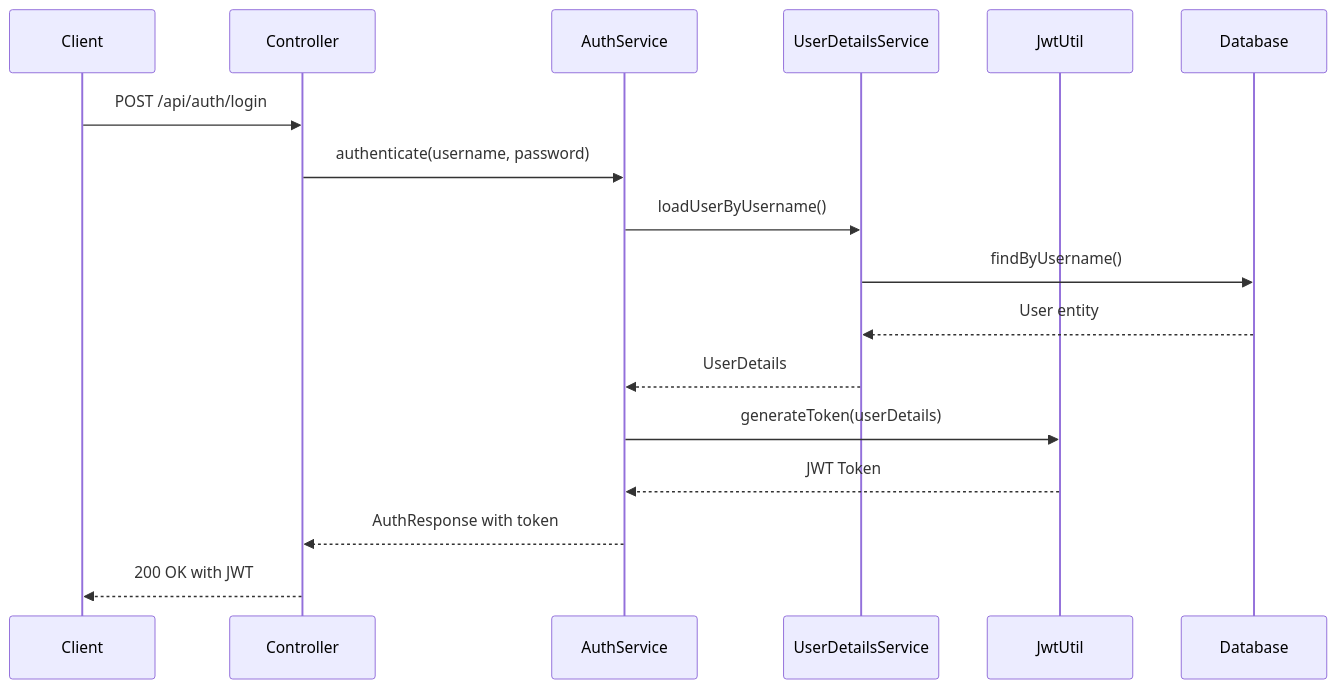
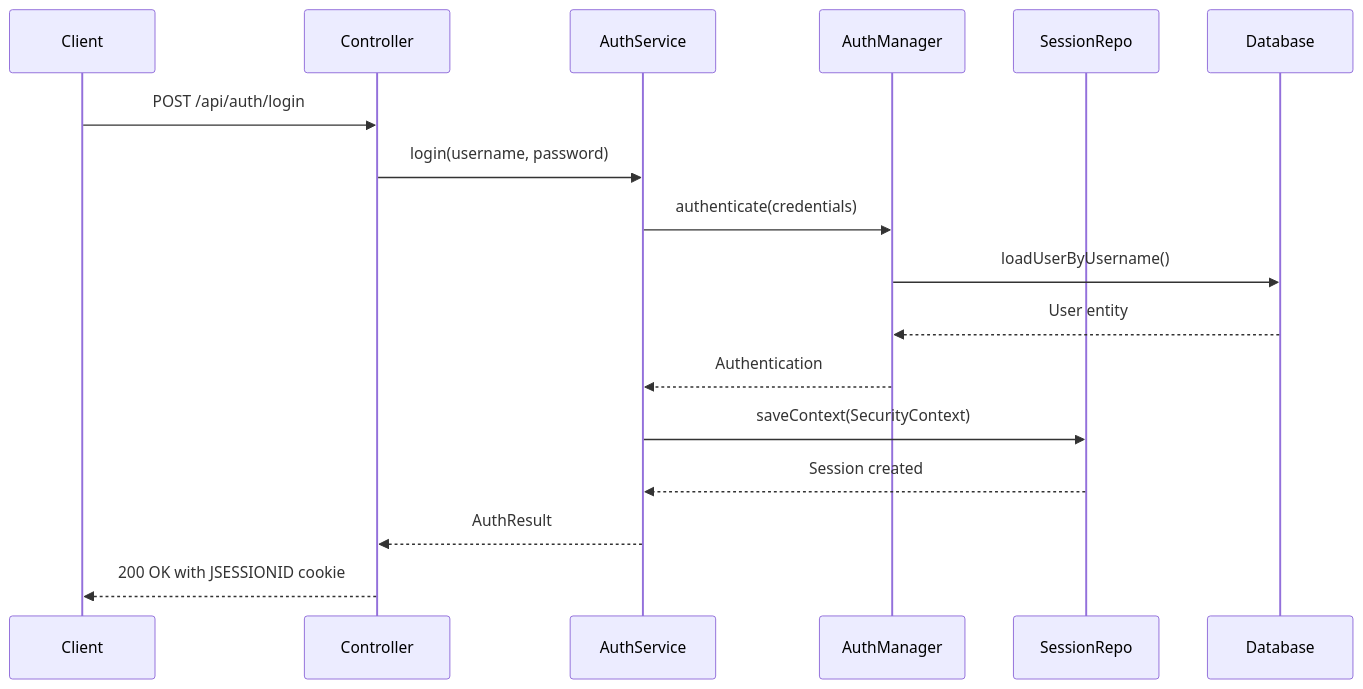
The first of 2 diagrams in SECURITY.md (bunnyholes/boardhole), drawn with Mermaid before and after one commit. The commit also changed other lines of this file and 135 other files, not shown here.

````diff
--- a/SECURITY.md
+++ b/SECURITY.md
@@ -42,20 +42,20 @@
 ```mermaid
 sequenceDiagram
     participant Client
     participant Controller
     participant AuthService
-    participant UserDetailsService
-    participant JwtUtil
+    participant AuthManager
+    participant SessionRepo
     participant Database
 
     Client->>Controller: POST /api/auth/login
-    Controller->>AuthService: authenticate(username, password)
-    AuthService->>UserDetailsService: loadUserByUsername()
-    UserDetailsService->>Database: findByUsername()
-    Database-->>UserDetailsService: User entity
-    UserDetailsService-->>AuthService: UserDetails
-    AuthService->>JwtUtil: generateToken(userDetails)
-    JwtUtil-->>AuthService: JWT Token
-    AuthService-->>Controller: AuthResponse with token
-    Controller-->>Client: 200 OK with JWT
+    Controller->>AuthService: login(username, password)
+    AuthService->>AuthManager: authenticate(credentials)
+    AuthManager->>Database: loadUserByUsername()
+    Database-->>AuthManager: User entity
+    AuthManager-->>AuthService: Authentication
+    AuthService->>SessionRepo: saveContext(SecurityContext)
+    SessionRepo-->>AuthService: Session created
+    AuthService-->>Controller: AuthResult
+    Controller-->>Client: 200 OK with JSESSIONID cookie
 ```
````
